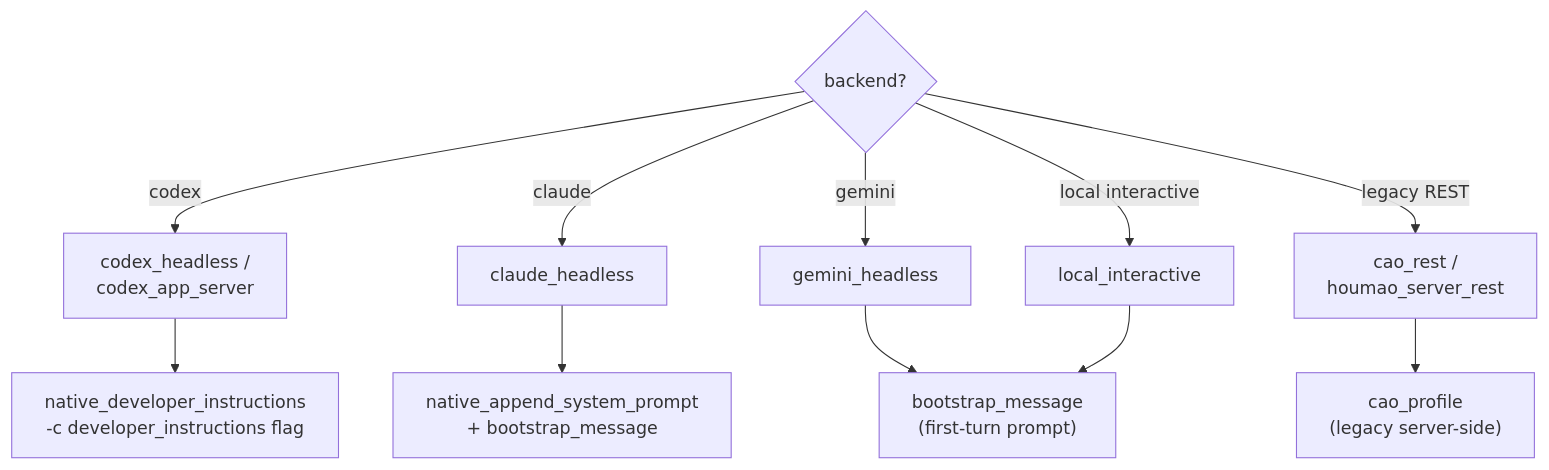
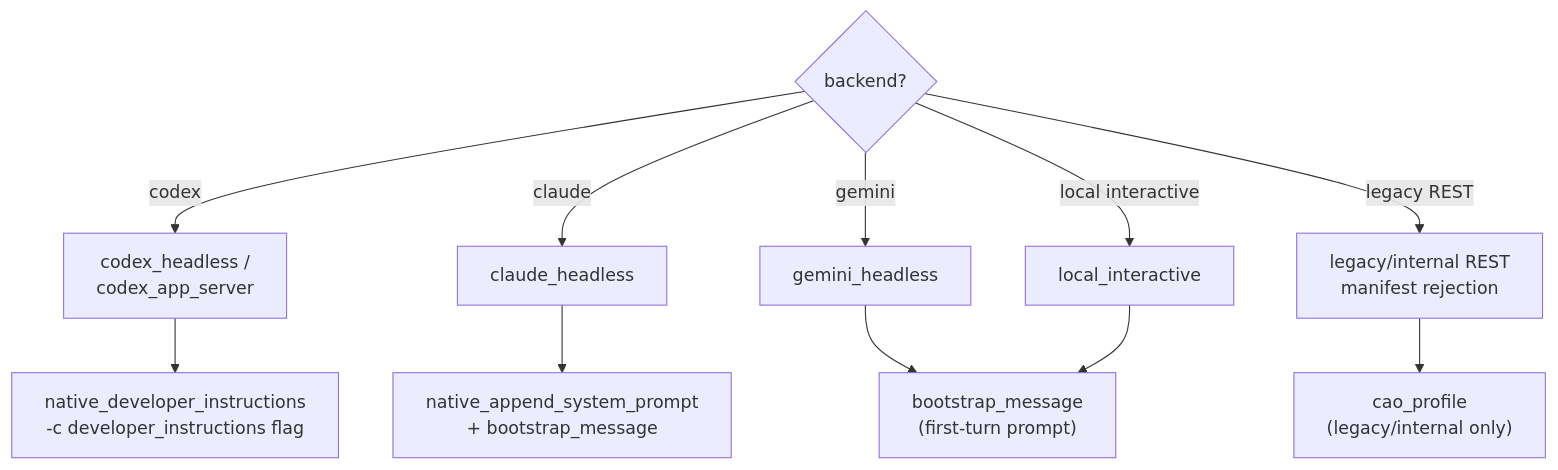
Before and after one commit to igamenovoer/houmao: the diagram in docs/reference/run-phase/role-injection.md, drawn with Mermaid. The commit also changed other lines of this file and 90 other files, not shown here.

````diff
--- a/docs/reference/run-phase/role-injection.md
+++ b/docs/reference/run-phase/role-injection.md
@@ -7,21 +7,21 @@
 ```mermaid
 flowchart TD
     BE{backend?}
 
     CX["codex_headless /<br/>codex_app_server"]
     CL["claude_headless"]
     GM["gemini_headless"]
     LI["local_interactive"]
-    LEG["cao_rest /<br/>houmao_server_rest"]
+    LEG["legacy/internal REST<br/>manifest rejection"]
 
     NDI["native_developer_instructions<br/>-c developer_instructions flag"]
     NAS["native_append_system_prompt<br/>+ bootstrap_message"]
     BM["bootstrap_message<br/>(first-turn prompt)"]
-    PB["cao_profile<br/>(legacy server-side)"]
+    PB["cao_profile<br/>(legacy/internal only)"]
 
     BE -->|codex| CX --> NDI
     BE -->|claude| CL --> NAS
     BE -->|gemini| GM --> BM
     BE -->|local interactive| LI --> BM
     BE -->|legacy REST| LEG --> PB
 ```
````
